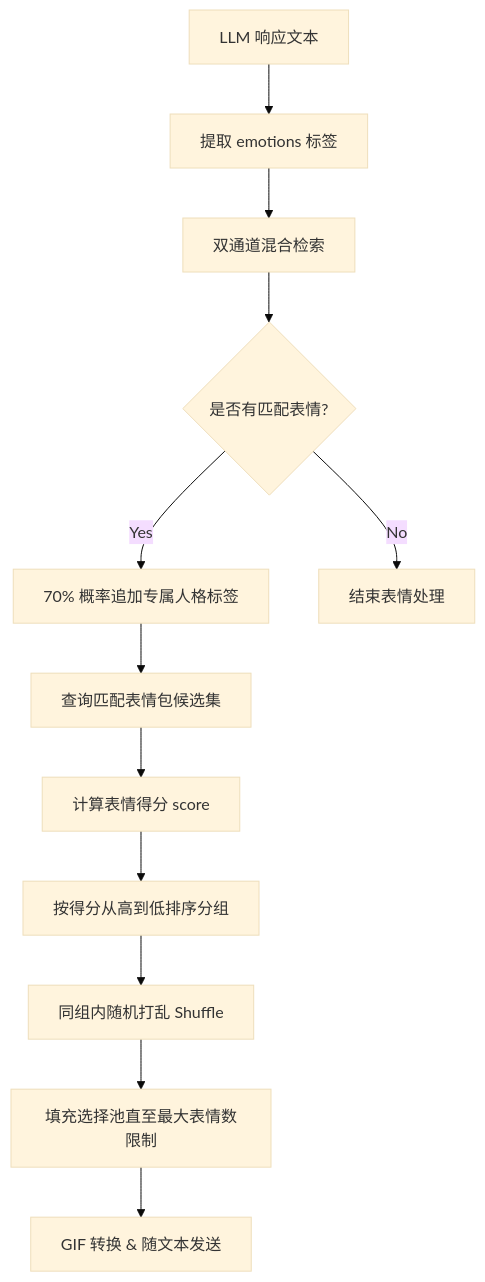
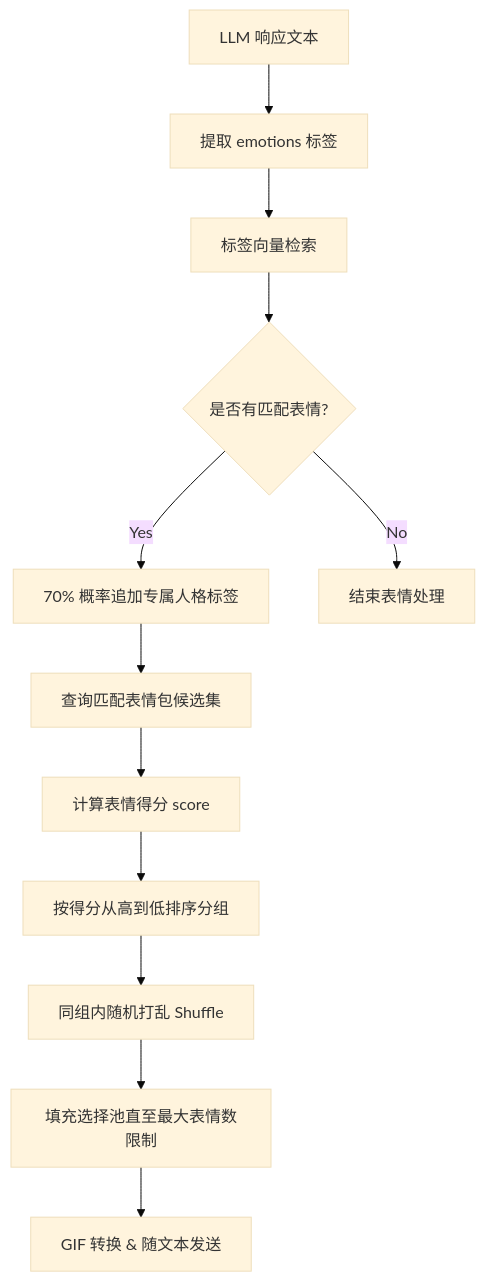
One commit to Yao-lin101/astrbot_plugin_meme_manager changed the diagram in README.md. Above: the diagram before and after it, drawn with Mermaid (base theme). The commit also changed other lines of this file and 3 other files, not shown here.

````diff
--- a/README.md
+++ b/README.md
@@ -265,14 +263,14 @@
 ```mermaid
 graph TD
     A[LLM 响应文本] --> B[提取 emotions 标签]
-    B --> C[双通道混合检索]
+    B --> C[标签向量检索]
     C --> D{是否有匹配表情?}
     D -- Yes --> E[70% 概率追加专属人格标签]
     D -- No --> F[结束表情处理]
     E --> G[查询匹配表情包候选集]
     G --> H[计算表情得分 score]
     H --> I[按得分从高到低排序分组]
     I --> J[同组内随机打乱 Shuffle]
     J --> K[填充选择池直至最大表情数限制]
     K --> L[GIF 转换 & 随文本发送]
 ```
````
